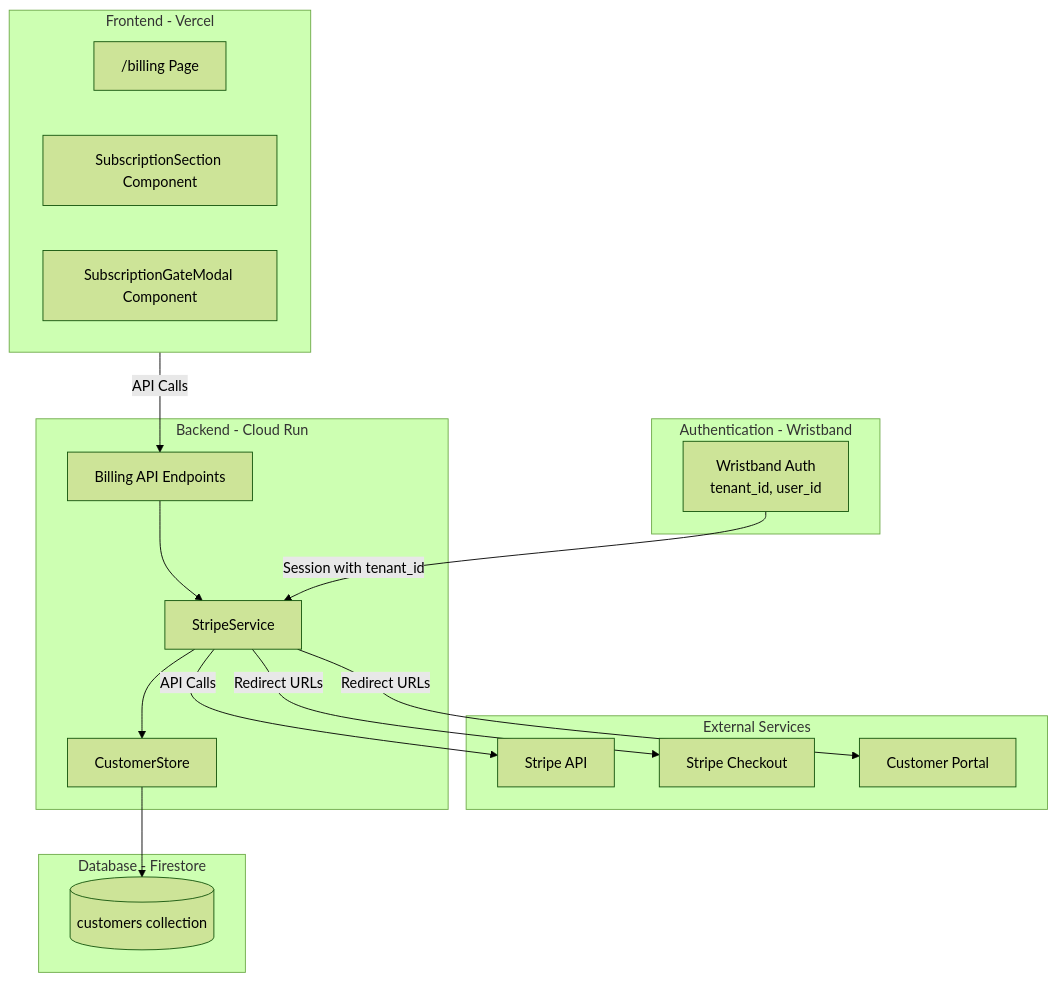
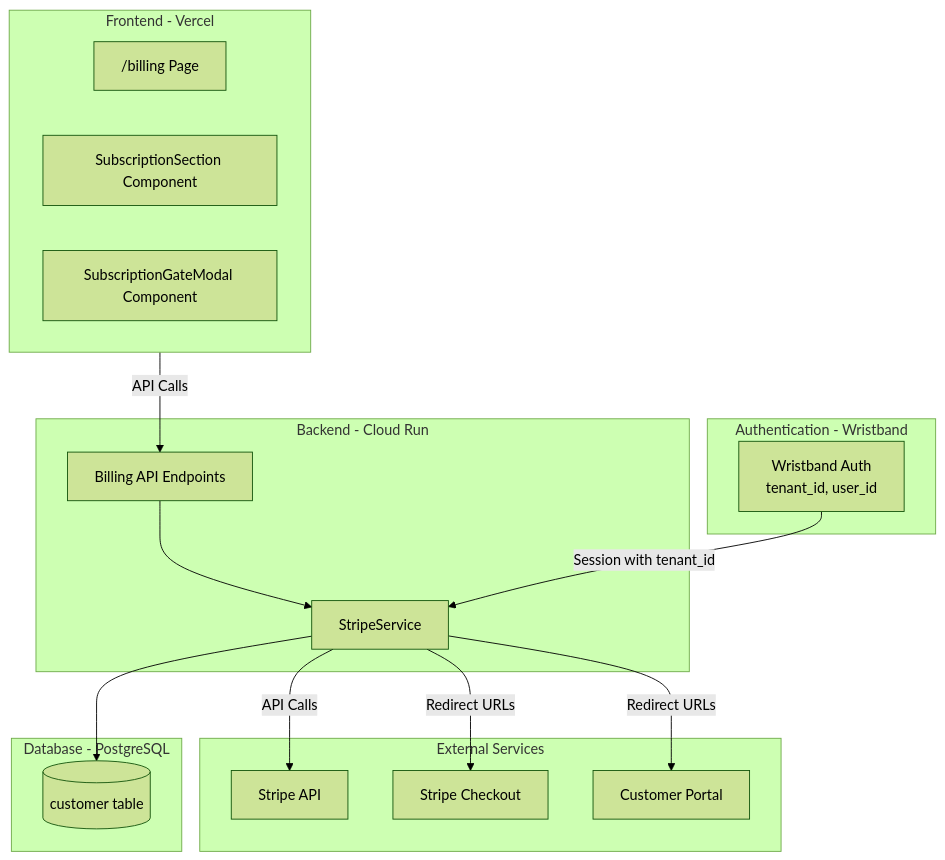
The first of 13 diagrams in docs/stripe-architecture.md (wristband-dev/fastapi-template), drawn with Mermaid (forest theme) before and after one commit. The commit also changed other lines of this file and 53 other files, not shown here.

````diff
--- a/docs/stripe-architecture.md
+++ b/docs/stripe-architecture.md
@@ -24,37 +22,35 @@
 ```mermaid
 flowchart TB
     subgraph External [External Services]
         Stripe_API[Stripe API]
         Stripe_Checkout[Stripe Checkout]
         Stripe_Portal[Customer Portal]
     end
     
     subgraph Frontend [Frontend - Vercel]
         BillingPage["/billing Page"]
         SubscriptionSection[SubscriptionSection Component]
         SubscriptionGateModal[SubscriptionGateModal Component]
     end
     
     subgraph Backend [Backend - Cloud Run]
         BillingAPI[Billing API Endpoints]
         StripeService[StripeService]
-        CustomerStore[CustomerStore]
     end
     
-    subgraph Database [Database - Firestore]
-        CustomersCollection[(customers collection)]
+    subgraph Database [Database - PostgreSQL]
+        CustomerTable[(customer table)]
     end
     
     subgraph Auth [Authentication - Wristband]
         WristbandAuth[Wristband Auth<br/>tenant_id, user_id]
     end
     
     Frontend -->|API Calls| BillingAPI
     BillingAPI --> StripeService
-    StripeService --> CustomerStore
-    CustomerStore --> CustomersCollection
+    StripeService --> CustomerTable
     StripeService -->|API Calls| Stripe_API
     StripeService -->|Redirect URLs| Stripe_Checkout
     StripeService -->|Redirect URLs| Stripe_Portal
     WristbandAuth -->|Session with tenant_id| StripeService
 ```
````
